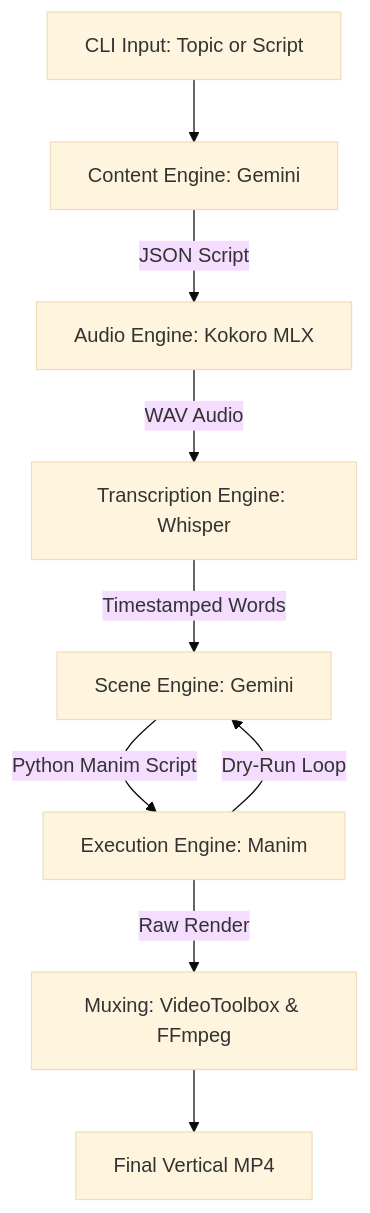
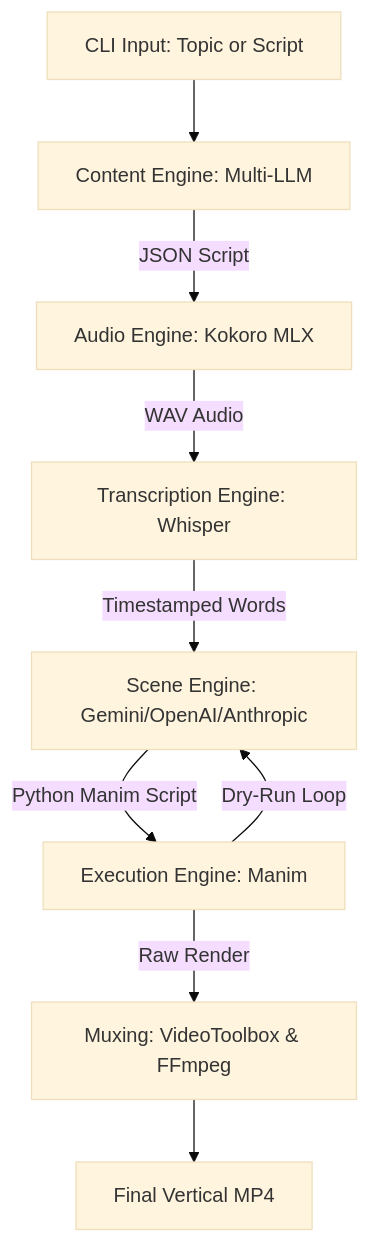
Before and after one commit to aman-senpai/auto-video: the first of 2 diagrams in README.md, drawn with Mermaid (base theme). The commit also changed other lines of this file and 16 other files, not shown here.

First line of the commit message:
feat: multi-provider LLM support, parallel asset generation, and premium CLI aesthetics

````diff
--- a/README.md
+++ b/README.md
@@ -9,11 +9,11 @@
 ```mermaid
 graph TD
-    A[CLI Input: Topic or Script] --> B[Content Engine: Gemini]
+    A[CLI Input: Topic or Script] --> B[Content Engine: Multi-LLM]
     B --> |JSON Script| C[Audio Engine: Kokoro MLX]
     C --> |WAV Audio| D[Transcription Engine: Whisper]
-    D --> |Timestamped Words| E[Scene Engine: Gemini]
+    D --> |Timestamped Words| E[Scene Engine: Gemini/OpenAI/Anthropic]
     E --> |Python Manim Script| F[Execution Engine: Manim]
     F --> |Dry-Run Loop| E
     F --> |Raw Render| G[Muxing: VideoToolbox & FFmpeg]
     G --> H[Final Vertical MP4]
 ```
````
